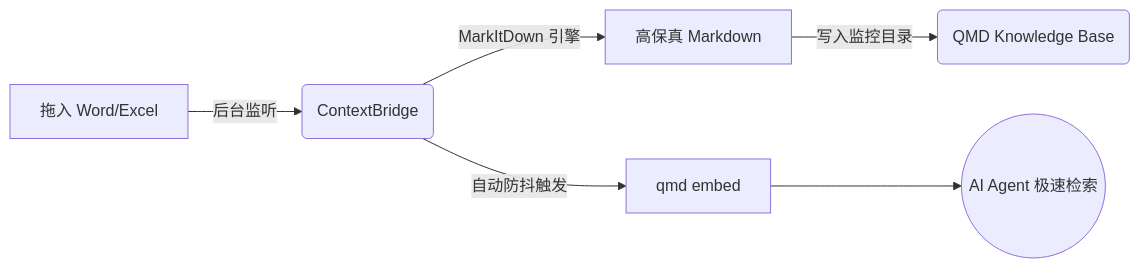
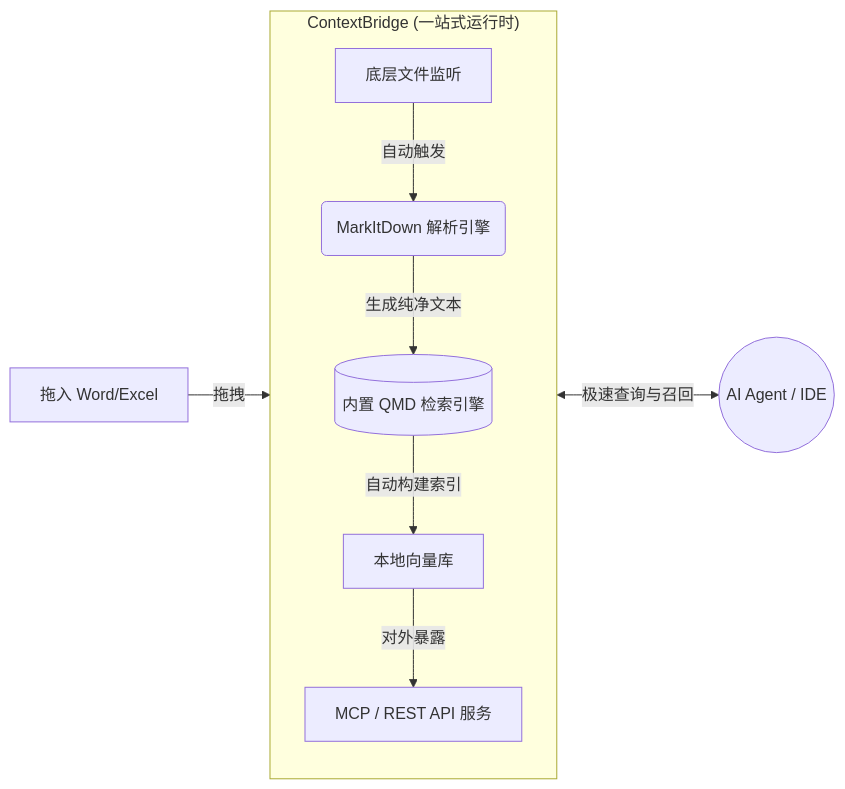
The diagram in README_zh-CN.md (whyischen/context-bridge), drawn with Mermaid before and after one commit. The commit also changed other lines of this file, not shown here.

First line of the commit message:
Revise README for ContextBridge project

````diff
--- a/README_zh-CN.md
+++ b/README_zh-CN.md
@@ -32,8 +36,12 @@
 ```mermaid
 graph LR
-    A[拖入 Word/Excel] -->|后台监听| B(ContextBridge)
-    B -->|MarkItDown 引擎| C[高保真 Markdown]
-    C -->|写入监控目录| D(QMD Knowledge Base)
-    B -->|自动防抖触发| E[qmd embed]
-    E --> F((AI Agent 极速检索))
+    subgraph ContextBridge["ContextBridge (一站式运行时)"]
+        direction TB
+        A[底层文件监听] -->|自动触发| B(MarkItDown 解析引擎)
+        B -->|生成纯净文本| C[(内置 QMD 检索引擎)]
+        C -->|自动构建索引| D[本地向量库]
+        D -->|对外暴露| E[MCP / REST API 服务]
+    end
+    User[拖入 Word/Excel] -->|拖拽| A
+    E <-->|极速查询与召回| Agent((AI Agent / IDE))
 ```
````
